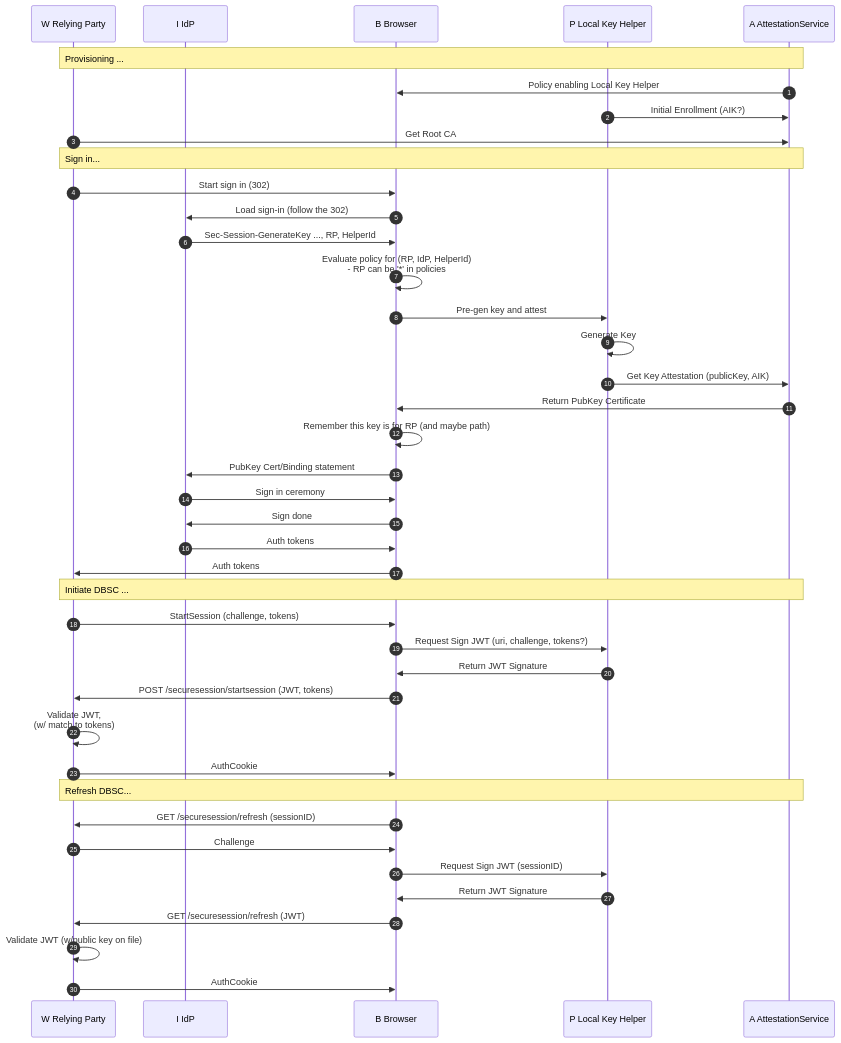
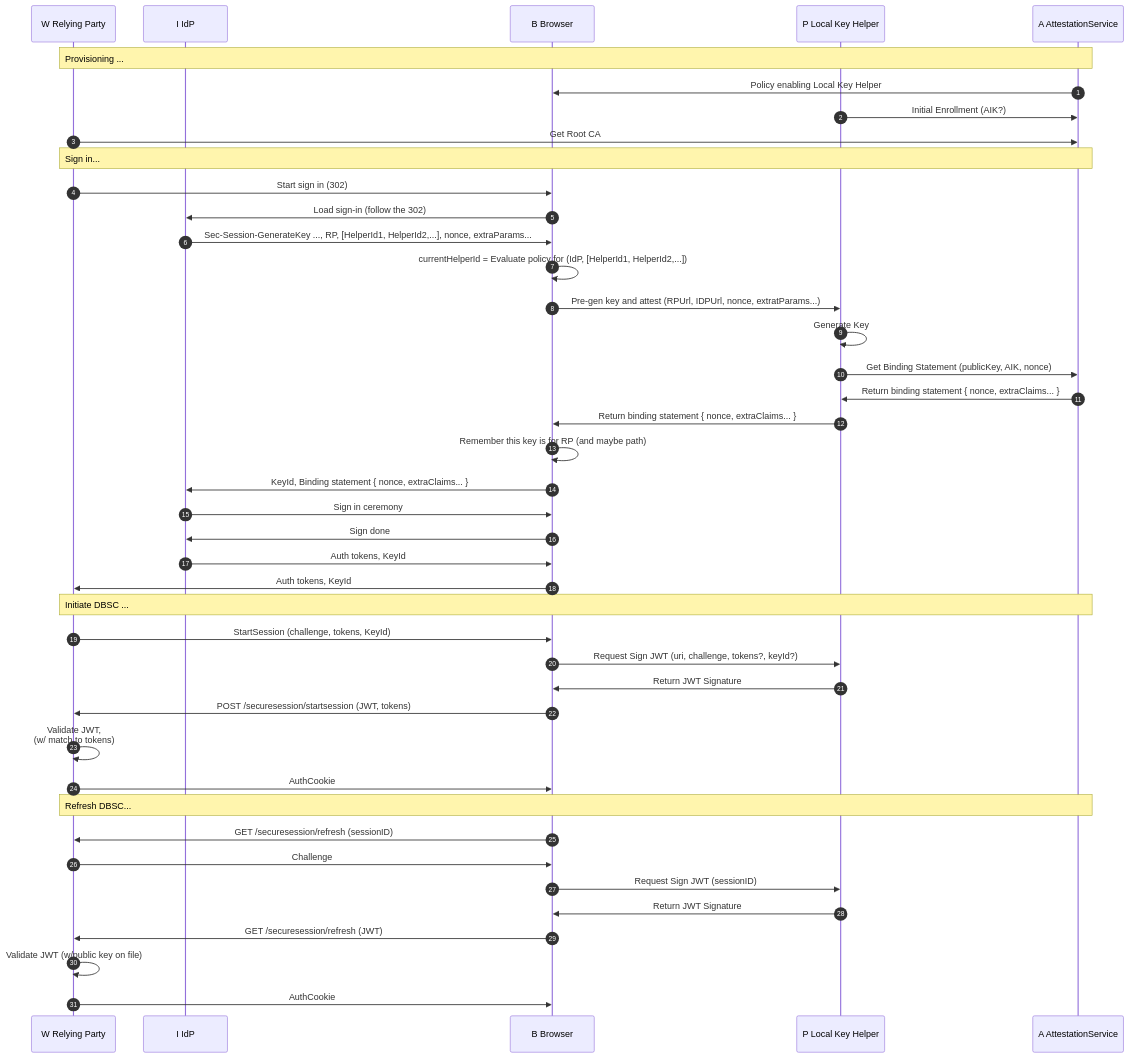
One commit to alextok/dbsc-discussions changed the first of 7 diagrams in README.md. Above: the diagram before and after it, drawn with Mermaid. The commit also changed other lines of this file, not shown here.

`````````diff
--- a/README.md
+++ b/README.md
@@ -2,52 +2,53 @@
 ```mermaid
 sequenceDiagram
 %%{ init: { 'sequence': { 'noteAlign': 'left'} } }%%
 autonumber 1
 participant W as W Relying Party
 participant I as I IdP
 participant B as B Browser
 participant P as P Local Key Helper
 participant A as A AttestationService
  
 Note over W, A: Provisioning ...
 A->>B: Policy enabling Local Key Helper
 P->>A: Initial Enrollment (AIK?)
 W->>A: Get Root CA
 Note over W, A: Sign in...
 W->>B: Start sign in (302)
 B->>I: Load sign-in (follow the 302)
  
-I->>B: Sec-Session-GenerateKey ..., RP, HelperId
-B->>B: Evaluate policy for (RP, IdP, HelperId)<br/> - RP can be '*' in policies
-B->>P: Pre-gen key and attest
+I->>B: Sec-Session-GenerateKey ..., RP, [HelperId1, HelperId2,...], nonce, extraParams...
+B->>B: currentHelperId = Evaluate policy for (IdP, [HelperId1, HelperId2,...])
+B->>P: Pre-gen key and attest (RPUrl, IDPUrl, nonce, extratParams...)
  
 P->>P: Generate Key
  
-P->>A: Get Key Attestation (publicKey, AIK)
-A->>B: Return PubKey Certificate
+P->>A: Get Binding Statement (publicKey, AIK, nonce)
+A->>P: Return binding statement { nonce, extraClaims... }
+P->>B: Return binding statement { nonce, extraClaims... }
 B->>B: Remember this key is for RP (and maybe path)
-B->>I: PubKey Cert/Binding statement
+B->>I: KeyId, Binding statement { nonce, extraClaims... }
  
 I->>B: Sign in ceremony
 B->>I: Sign done
  
-I->>B: Auth tokens
-B->>W: Auth tokens
+I->>B: Auth tokens, KeyId
+B->>W: Auth tokens, KeyId
  
 Note over W, A: Initiate DBSC ...
-W->>B: StartSession (challenge, tokens)
-B->>P: Request Sign JWT (uri, challenge, tokens?)
+W->>B: StartSession (challenge, tokens, KeyId)
+B->>P: Request Sign JWT (uri, challenge, tokens?, keyId?)
 P->>B: Return JWT Signature
 B->>W: POST /securesession/startsession (JWT, tokens)
 W->>W: Validate JWT, <br/>(w/ match to tokens)
 W->>B: AuthCookie
 
 Note over W, A: Refresh DBSC...
 B->>W: GET /securesession/refresh (sessionID)
 W->>B: Challenge
 B->>P: Request Sign JWT (sessionID)
 P->>B: Return JWT Signature
 B->>W: GET /securesession/refresh (JWT)
 W->>W: Validate JWT (w/public key on file)
 W->>B: AuthCookie
 ````````
`````````
